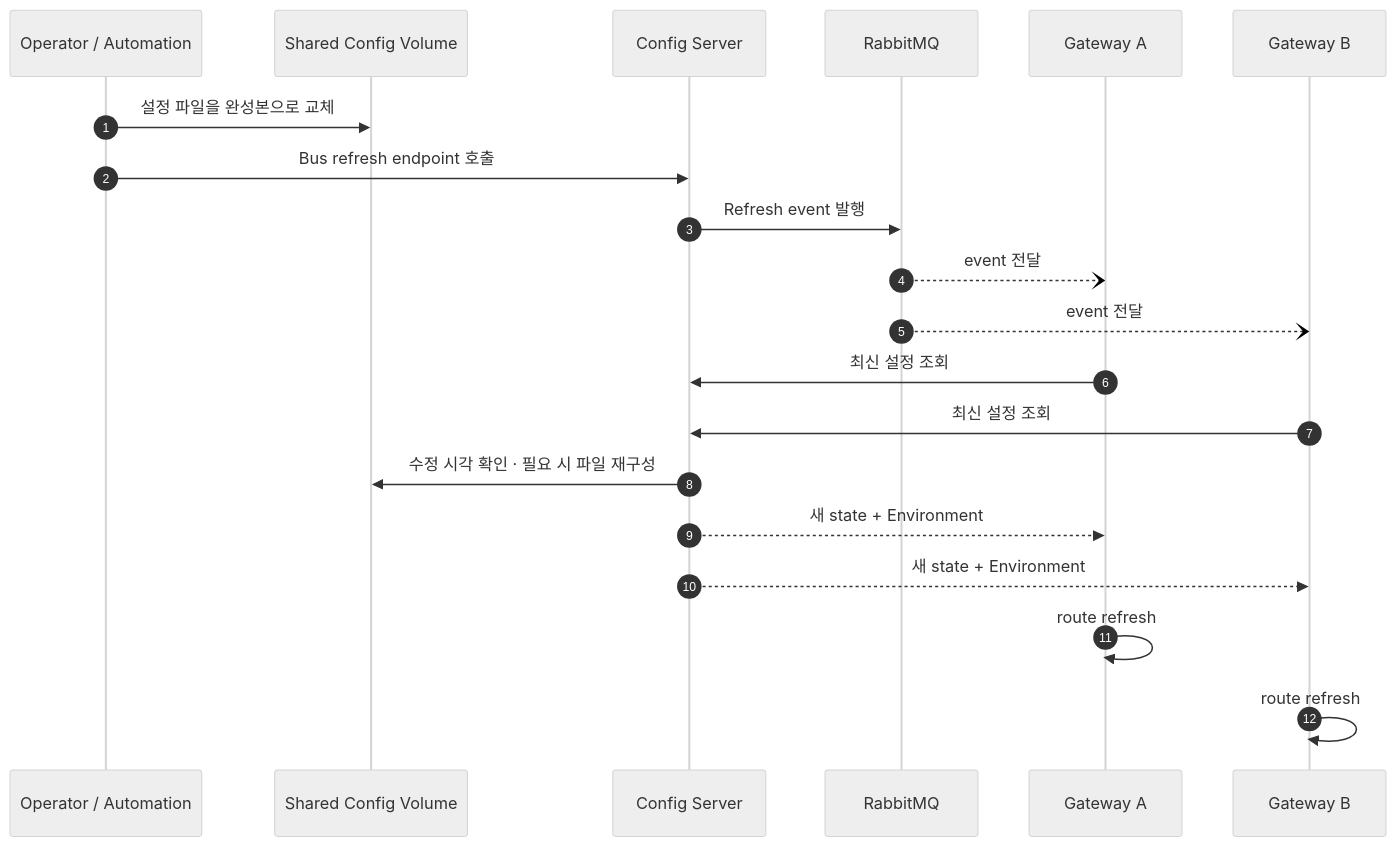
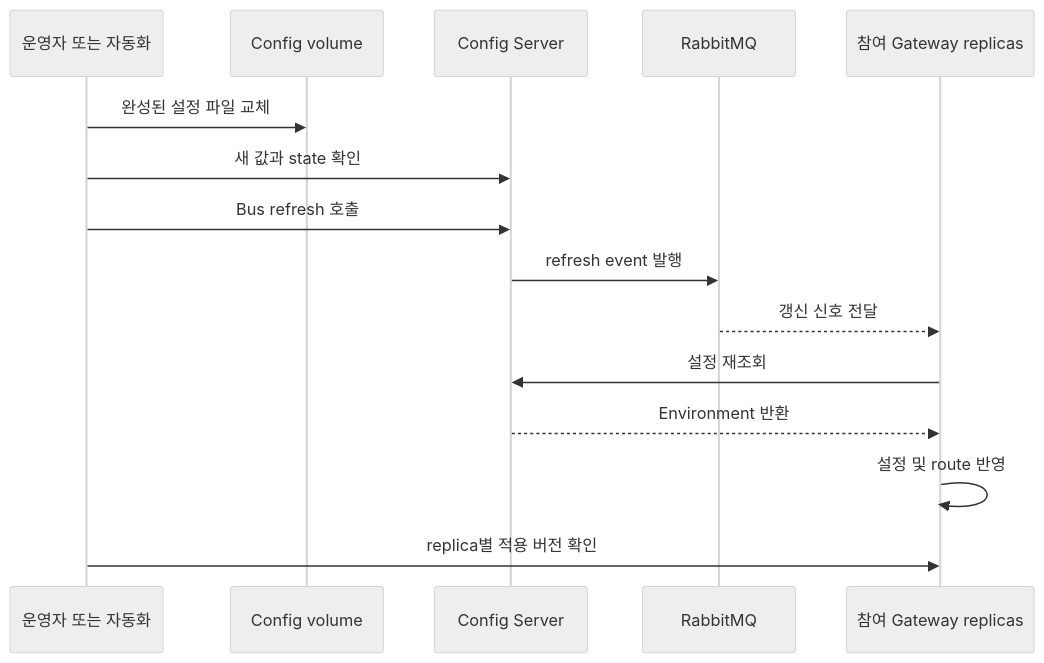
One commit to inchangson/inchangson.github.io changed the diagram in src/content/posts/gateway-config-03-bus-rabbitmq.md. Above: the diagram before and after it, drawn with Mermaid (neutral theme). The commit also changed other lines of this file and 7 other files, not shown here.

````diff
--- a/src/content/posts/gateway-config-03-bus-rabbitmq.md
+++ b/src/content/posts/gateway-config-03-bus-rabbitmq.md
@@ -51,23 +51,17 @@
 ```mermaid
 sequenceDiagram
-    autonumber
-    participant O as Operator / Automation
-    participant F as Shared Config Volume
+    participant O as 운영자 또는 자동화
+    participant F as Config volume
     participant C as Config Server
     participant R as RabbitMQ
-    participant G1 as Gateway A
-    participant G2 as Gateway B
-
-    O->>F: 설정 파일을 완성본으로 교체
-    O->>C: Bus refresh endpoint 호출
-    C->>R: Refresh event 발행
-    R--)G1: event 전달
-    R--)G2: event 전달
-    G1->>C: 최신 설정 조회
-    G2->>C: 최신 설정 조회
-    C->>F: 수정 시각 확인 · 필요 시 파일 재구성
-    C-->>G1: 새 state + Environment
-    C-->>G2: 새 state + Environment
-    G1->>G1: route refresh
-    G2->>G2: route refresh
+    participant G as 참여 Gateway replicas
+    O->>F: 완성된 설정 파일 교체
+    O->>C: 새 값과 state 확인
+    O->>C: Bus refresh 호출
+    C->>R: refresh event 발행
+    R-->>G: 갱신 신호 전달
+    G->>C: 설정 재조회
+    C-->>G: Environment 반환
+    G->>G: 설정 및 route 반영
+    O->>G: replica별 적용 버전 확인
 ```
````
